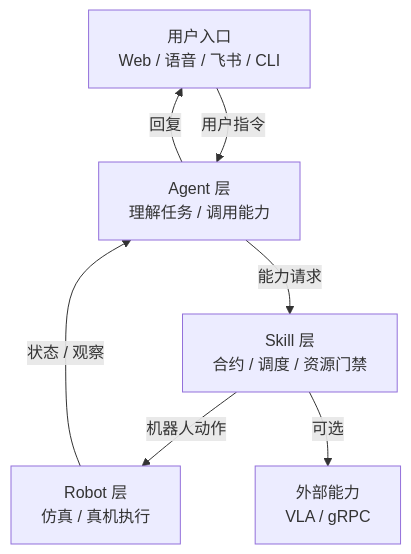
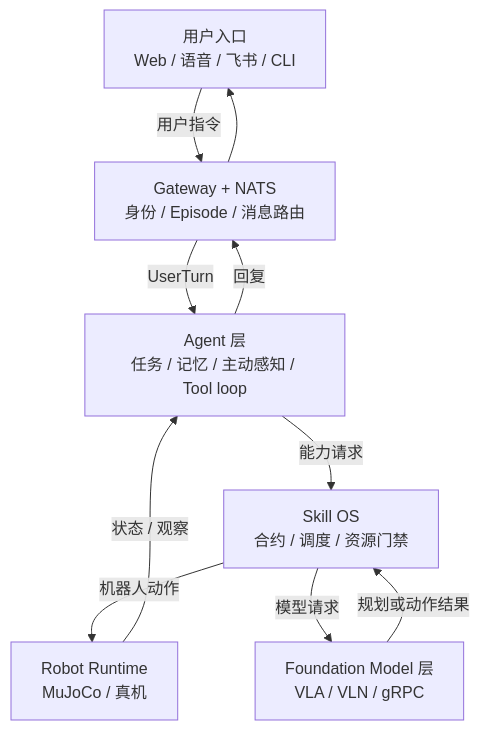
One commit to Xbotics-Embodied-AI-club/Xbotics-Hey-Robot changed the diagram in README.md. Above: the diagram before and after it, drawn with Mermaid. The commit also changed other lines of this file and 12 other files, not shown here.

Commit message:
docs: clarify Hey Robot as an embodied agent harness

````diff
--- a/README.md
+++ b/README.md
@@ -31,15 +47,19 @@
 ```mermaid
 flowchart TD
     U[用户入口<br/>Web / 语音 / 飞书 / CLI]
-    A[Agent 层<br/>理解任务 / 调用能力]
-    S[Skill 层<br/>合约 / 调度 / 资源门禁]
-    R[Robot 层<br/>仿真 / 真机执行]
-    V[外部能力<br/>VLA / gRPC]
+    G[Gateway + NATS<br/>身份 / Episode / 消息路由]
+    A[Agent 层<br/>任务 / 记忆 / 主动感知 / Tool loop]
+    S[Skill OS<br/>合约 / 调度 / 资源门禁]
+    F[Foundation Model 层<br/>VLA / VLN / gRPC]
+    R[Robot Runtime<br/>MuJoCo / 真机]
 
-    U -->|用户指令| A
+    U -->|用户指令| G
+    G -->|UserTurn| A
     A -->|能力请求| S
     S -->|机器人动作| R
-    S -->|可选| V
+    S -->|模型请求| F
+    F -->|规划或动作结果| S
     R -->|状态 / 观察| A
-    A -->|回复| U
+    A -->|回复| G
+    G --> U
 ```
````
